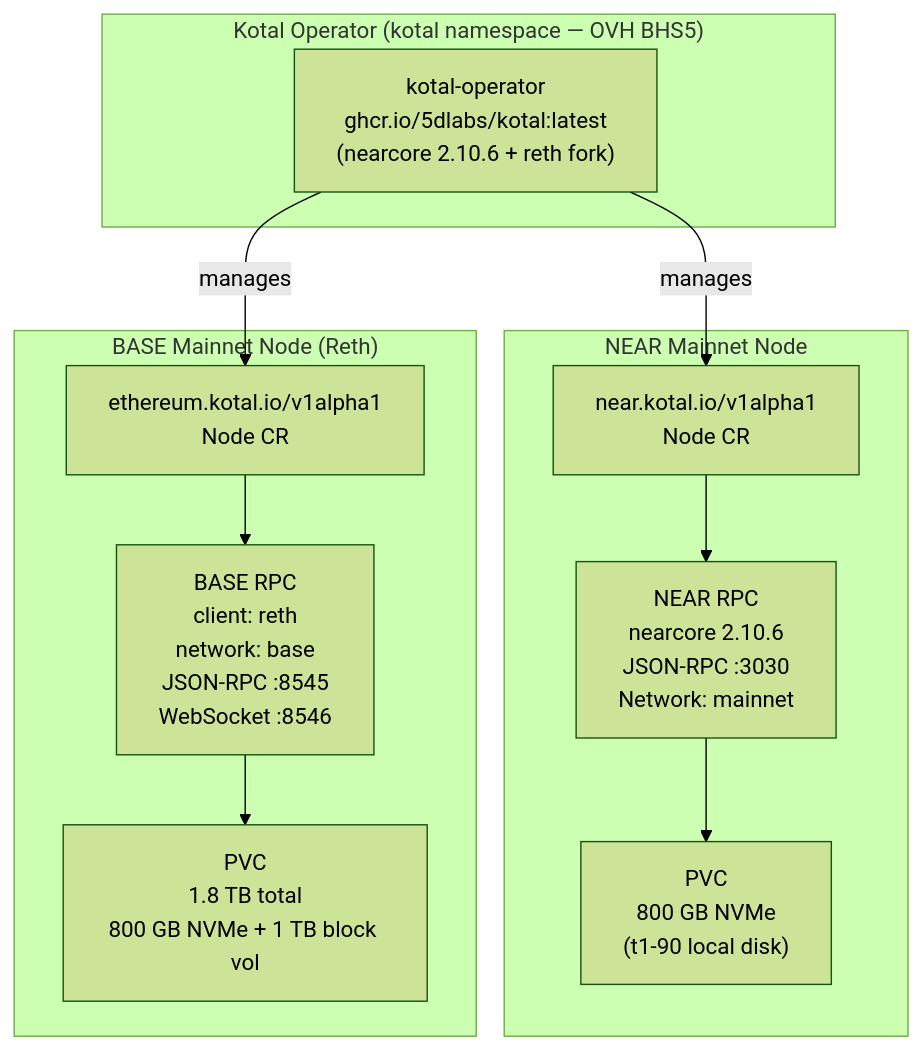
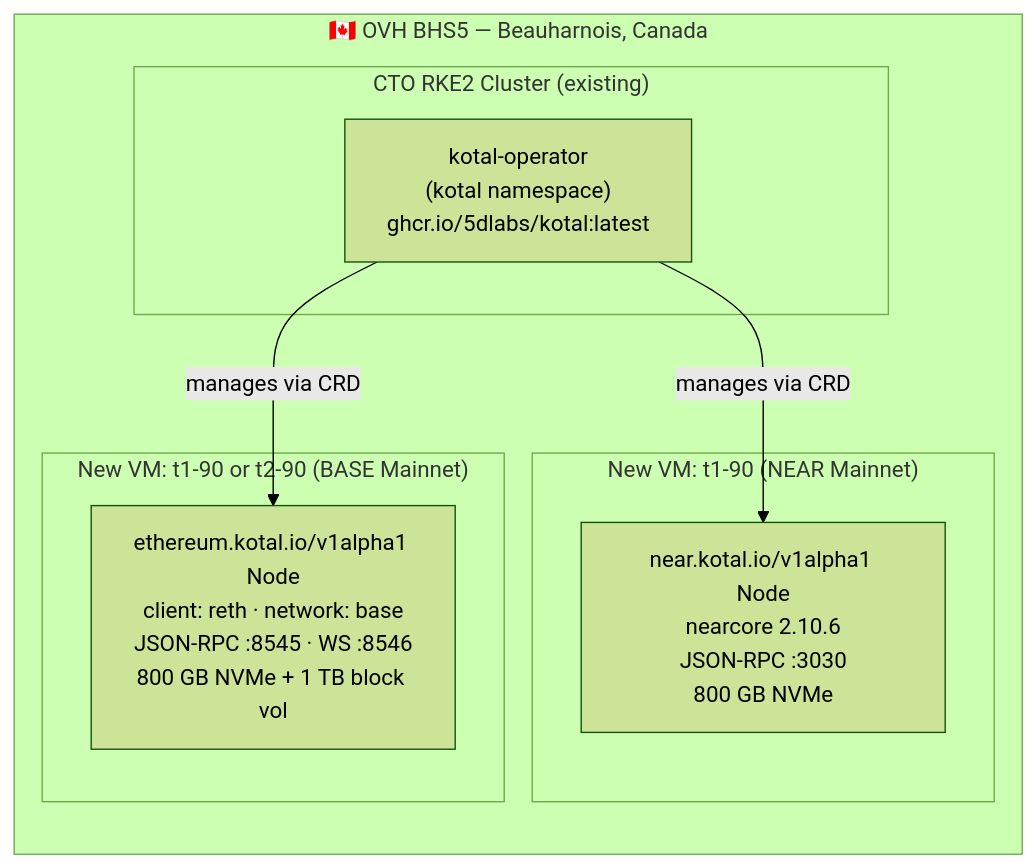
The first of 2 diagrams in blockchain-nodes.md (5dlabs/documentation), drawn with Mermaid (forest theme) before and after one commit. The commit also changed other lines of this file and 3 other files, not shown here.

````diff
--- a/blockchain-nodes.md
+++ b/blockchain-nodes.md
@@ -10,25 +14,21 @@
 ```mermaid
 flowchart TB
-    subgraph KOTAL["Kotal Operator (kotal namespace — OVH BHS5)"]
-        OP["kotal-operator\nghcr.io/5dlabs/kotal:latest\n(nearcore 2.10.6 + reth fork)"]
+    subgraph BHS5["🇨🇦  OVH BHS5 — Beauharnois, Canada"]
+        direction TB
+
+        subgraph CTO_CLUSTER["CTO RKE2 Cluster  (existing)"]
+            KOTAL["kotal-operator\n(kotal namespace)\nghcr.io/5dlabs/kotal:latest"]
+        end
+
+        subgraph NEAR_VM["New VM: t1-90  (NEAR Mainnet)"]
+            NEAR_NODE["near.kotal.io/v1alpha1 Node\nnearcore 2.10.6\nJSON-RPC :3030\n800 GB NVMe"]
+        end
+
+        subgraph BASE_VM["New VM: t1-90 or t2-90  (BASE Mainnet)"]
+            BASE_NODE["ethereum.kotal.io/v1alpha1 Node\nclient: reth · network: base\nJSON-RPC :8545 · WS :8546\n800 GB NVMe + 1 TB block vol"]
+        end
+
+        KOTAL -->|"manages via CRD"| NEAR_NODE
+        KOTAL -->|"manages via CRD"| BASE_NODE
     end
-
-    subgraph NEAR_STACK["NEAR Mainnet Node"]
-        NEAR_CRD["near.kotal.io/v1alpha1\nNode CR"]
-        NEAR_SVC["NEAR RPC\nnearcore 2.10.6\nJSON-RPC :3030\nNetwork: mainnet"]
-        NEAR_VOL["PVC\n800 GB NVMe\n(t1-90 local disk)"]
-        NEAR_CRD --> NEAR_SVC
-        NEAR_SVC --> NEAR_VOL
-    end
-
-    subgraph BASE_STACK["BASE Mainnet Node (Reth)"]
-        BASE_CRD["ethereum.kotal.io/v1alpha1\nNode CR"]
-        BASE_SVC["BASE RPC\nclient: reth\nnetwork: base\nJSON-RPC :8545\nWebSocket :8546"]
-        BASE_VOL["PVC\n1.8 TB total\n800 GB NVMe + 1 TB block vol"]
-        BASE_CRD --> BASE_SVC
-        BASE_SVC --> BASE_VOL
-    end
-
-    OP -->|"manages"| NEAR_CRD
-    OP -->|"manages"| BASE_CRD
 ```
````
